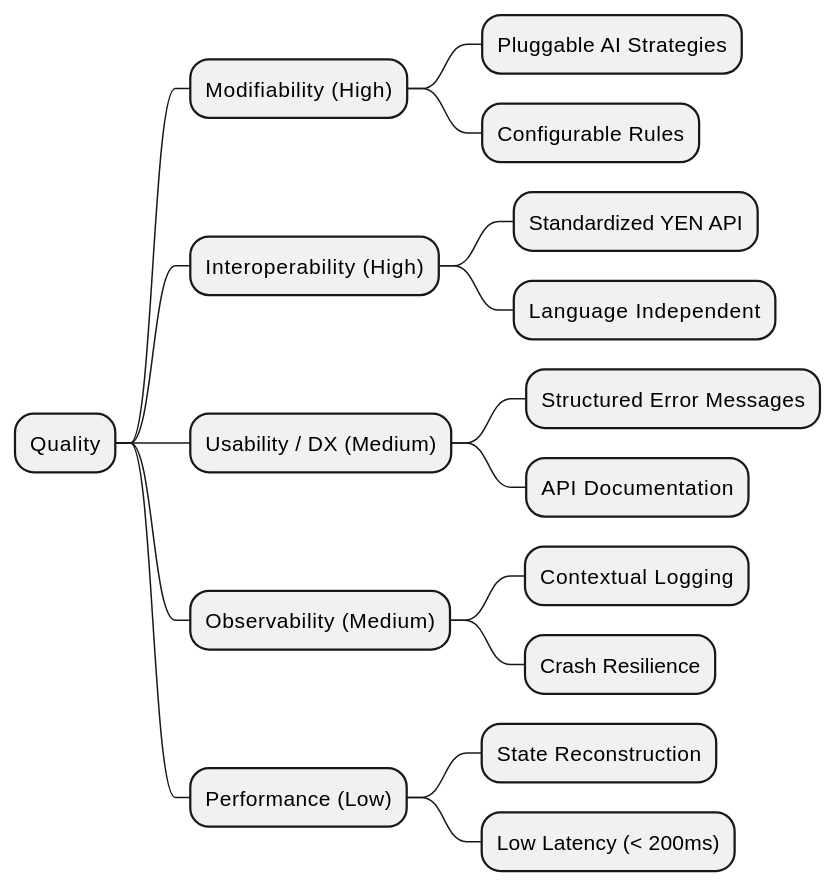
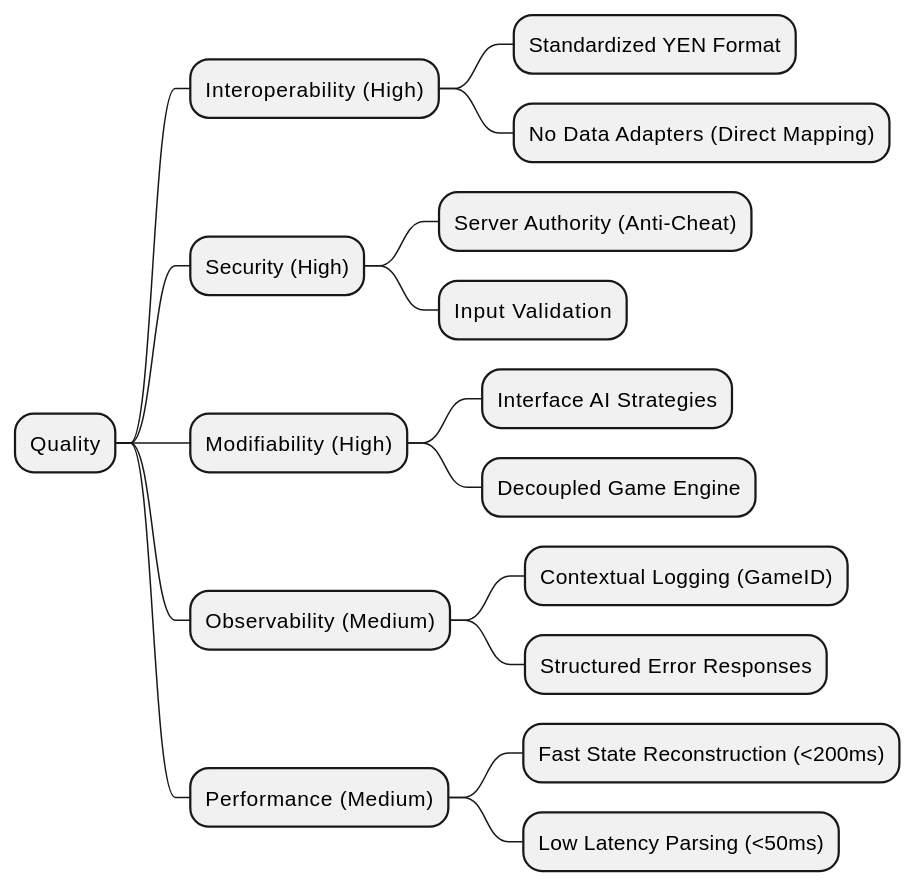
The diagram in docs/src/10_quality_requirements.adoc (Arquisoft/yovi_es1a), drawn with PlantUML before and after one commit. The commit also changed other lines of this file and 5 other files, not shown here.

```diff
--- a/docs/src/10_quality_requirements.adoc
+++ b/docs/src/10_quality_requirements.adoc
@@ -31,21 +31,21 @@
 [plantuml, quality-tree, png]
 ....
 @startmindmap
 * Quality
+** Interoperability (High)
+*** Standardized YEN Format
+*** No Data Adapters (Direct Mapping)
+** Security (High)
+*** Server Authority (Anti-Cheat)
+*** Input Validation
 ** Modifiability (High)
-*** Pluggable AI Strategies
-*** Configurable Rules
-** Interoperability (High)
-*** Standardized YEN API
-*** Language Independent
-** Usability / DX (Medium)
-*** Structured Error Messages
-*** API Documentation
+*** Interface AI Strategies
+*** Decoupled Game Engine
 ** Observability (Medium)
-*** Contextual Logging
-*** Crash Resilience
-** Performance (Low)
-*** State Reconstruction
-*** Low Latency (< 200ms)
+*** Contextual Logging (GameID)
+*** Structured Error Responses
+** Performance (Medium)
+*** Fast State Reconstruction (<200ms)
+*** Low Latency Parsing (<50ms)
 @endmindmap
 ....
```
